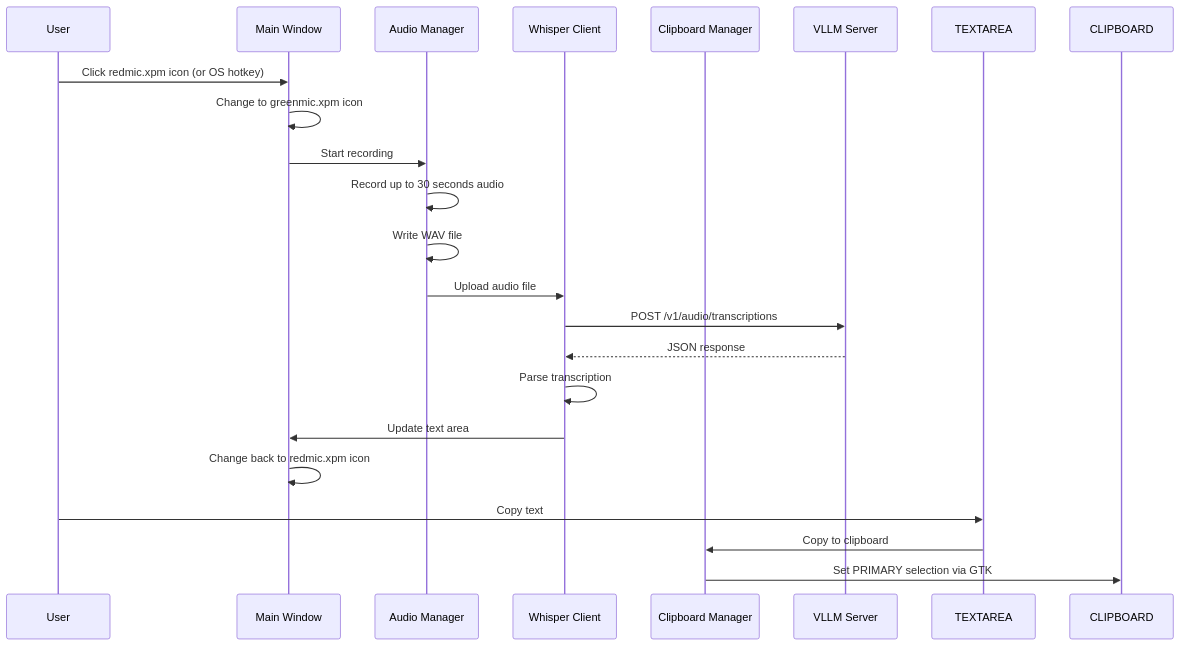
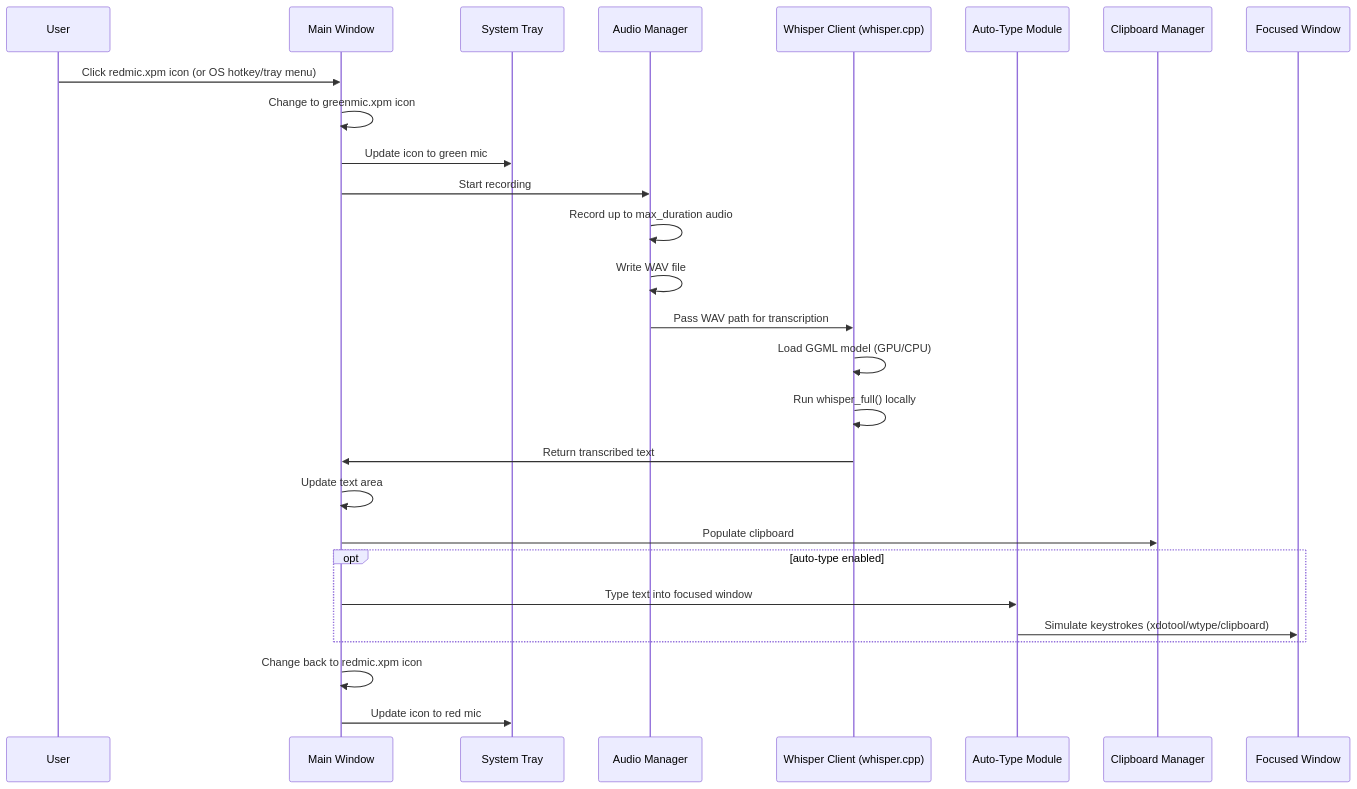
One commit to piyushraizada/transcriber changed the second of 2 diagrams in xwindows-voice-to-text-srs.md. Above: the diagram before and after it, drawn with Mermaid. The commit also changed other lines of this file and 81 other files, not shown here.

Commit message:
Complete project: voice-to-text transcriber with config, clipboard, D-Bus, tray, and whisper integration

````diff
--- a/xwindows-voice-to-text-srs.md
+++ b/xwindows-voice-to-text-srs.md
@@ -210,24 +232,30 @@
 ```mermaid
 sequenceDiagram
     participant User
     participant WIN as Main Window
+    participant TRAY as System Tray
     participant AUD as Audio Manager
-    participant WH as Whisper Client
+    participant WH as Whisper Client (whisper.cpp)
+    participant TYPER as Auto-Type Module
     participant CLIP as Clipboard Manager
-    participant VLLM as VLLM Server
+    participant FOCUS as Focused Window
     
-    User->>WIN: Click redmic.xpm icon (or OS hotkey)
+    User->>WIN: Click redmic.xpm icon (or OS hotkey/tray menu)
     WIN->>WIN: Change to greenmic.xpm icon
+    WIN->>TRAY: Update icon to green mic
     WIN->>AUD: Start recording
-    AUD->>AUD: Record up to 30 seconds audio
+    AUD->>AUD: Record up to max_duration audio
     AUD->>AUD: Write WAV file
-    AUD->>WH: Upload audio file
-    WH->>VLLM: POST /v1/audio/transcriptions
-    VLLM-->>WH: JSON response
-    WH->>WH: Parse transcription
-    WH->>WIN: Update text area
+    AUD->>WH: Pass WAV path for transcription
+    WH->>WH: Load GGML model (GPU/CPU)
+    WH->>WH: Run whisper_full() locally
+    WH->>WIN: Return transcribed text
+    WIN->>WIN: Update text area
+    WIN->>CLIP: Populate clipboard
+    opt auto-type enabled
+        WIN->>TYPER: Type text into focused window
+        TYPER->>FOCUS: Simulate keystrokes (xdotool/wtype/clipboard)
+    end
     WIN->>WIN: Change back to redmic.xpm icon
-    User->>TEXTAREA: Copy text
-    TEXTAREA->>CLIP: Copy to clipboard
-    CLIP->>CLIPBOARD: Set PRIMARY selection via GTK
+    WIN->>TRAY: Update icon to red mic
 ```
````
